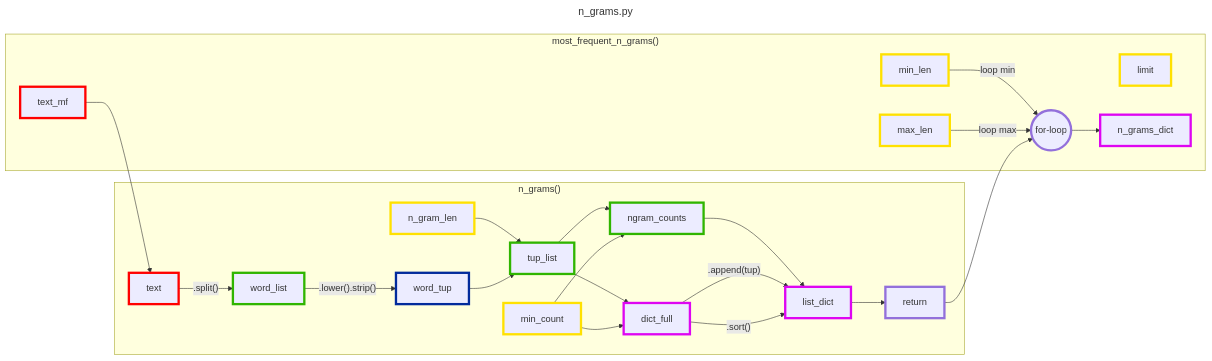
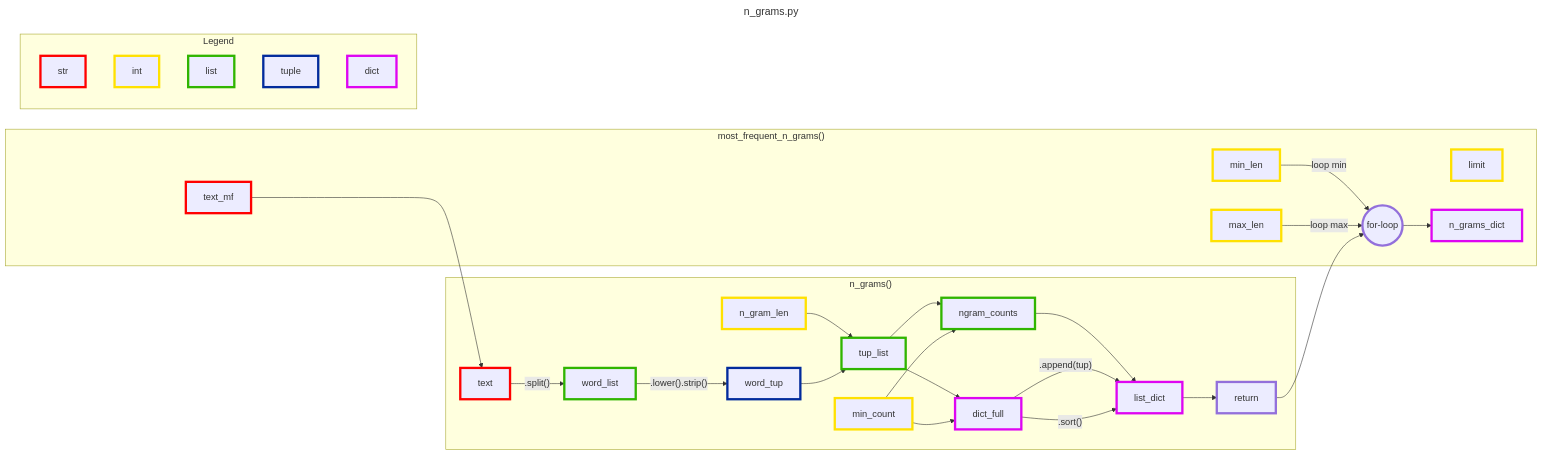
One commit to fm9030133/fm9030133.github.io changed the second of 2 diagrams in README.md. Above: the diagram before and after it, drawn with Mermaid. The commit also changed other lines of this file, not shown here.

Commit message:
Consolidate flowcharts

````diff
--- a/README.md
+++ b/README.md
@@ -38,44 +38,52 @@
 ```mermaid
 ---
 title: n_grams.py
 ---
 flowchart LR
     subgraph "n_grams()"
     classDef default stroke-width:4px
     classDef str stroke:#ff0000
     classDef int stroke:#ffe100
     classDef list stroke:#30b500
     classDef tuple stroke:#022b9c
     classDef dict stroke:#de05f2
 
     %% This is a comment
 
     text:::str
     n_gram_len:::int
     min_count:::int
     text -- ".split()" --> word_list:::list
     word_list -- ".lower().strip()" --> word_tup:::tuple
     n_gram_len --> tup_list:::list
     word_tup --> tup_list
     tup_list --> dict_full:::dict
     min_count --> dict_full
     tup_list --> ngram_counts:::list
     min_count --> ngram_counts
     ngram_counts --> list_dict:::dict
     dict_full -- ".append(tup)" --> list_dict
     dict_full -- ".sort()" --> list_dict
     list_dict --> return
     end
 
     subgraph "most_frequent_n_grams()"
     %%text_mf:::str -- "n_grams()" --> n_grams_dict:::dict
     text_mf:::str --> text
     min_len:::int -- "loop min" --> for-loop(("for-loop"))
     max_len:::int -- "loop max" --> for-loop
     limit:::int
     return --> for-loop
     for-loop --> n_grams_dict:::dict
     %%for-loop <--> text_mf
     %%return --> text_mf
     end
+    
+    subgraph Legend
+    str:::str
+    int:::int
+    list:::list
+    tuple:::tuple
+    dict:::dict
+    end
 ```
````
